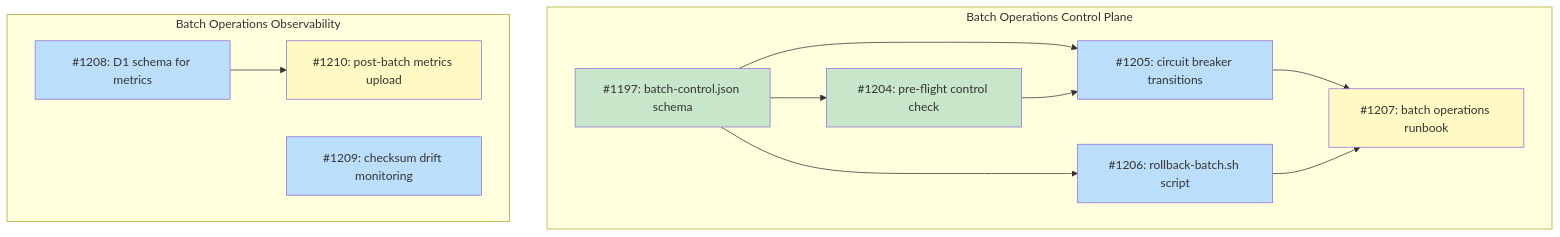
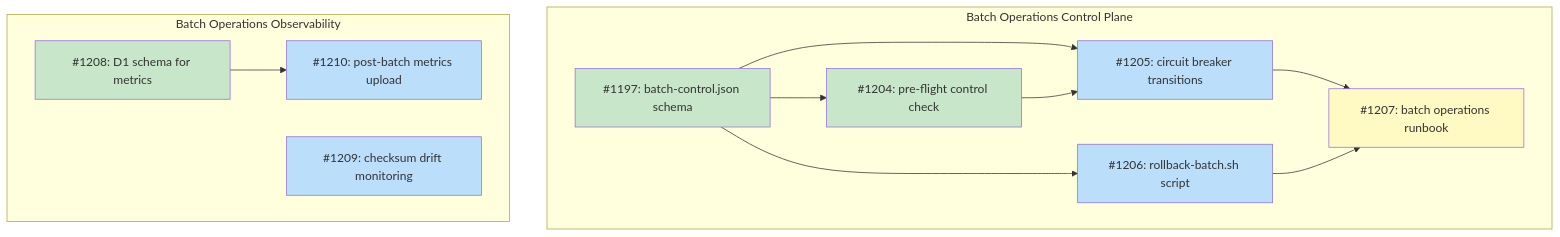
One commit to tsukumogami/tsuku changed the diagram in docs/designs/DESIGN-batch-operations.md. Above: the diagram before and after it, drawn with Mermaid. The commit also changed other lines of this file and 2 other files, not shown here.

Commit message:
feat(telemetry): deploy D1 schema for batch metrics (#1220)
Add a D1 database schema to the telemetry service for persisting batch
validation metrics. The schema consists of two tables: `batch_runs` for
aggregate run statistics (pass/fail counts, CI minutes consumed, success
rates) and `recipe_results` for per-recipe outcomes with error
categorization. A foreign key links individual recipe results back to
their batch run, and indexes cover the most common query patterns.

The wrangler configuration includes a D1 binding with a placeholder
`database_id` -- the actual database needs to be created via `wrangler
d1 create tsuku-batch-metrics` before migrations can be applied.

````diff
--- a/docs/designs/DESIGN-batch-operations.md
+++ b/docs/designs/DESIGN-batch-operations.md
@@ -36,34 +36,35 @@
 ```mermaid
 graph TD
     subgraph ControlPlane["Batch Operations Control Plane"]
         I1197["#1197: batch-control.json schema"]
         I1204["#1204: pre-flight control check"]
         I1205["#1205: circuit breaker transitions"]
         I1206["#1206: rollback-batch.sh script"]
         I1207["#1207: batch operations runbook"]
     end
 
     subgraph Observability["Batch Operations Observability"]
         I1208["#1208: D1 schema for metrics"]
         I1209["#1209: checksum drift monitoring"]
         I1210["#1210: post-batch metrics upload"]
     end
 
     I1197 --> I1204
     I1197 --> I1205
     I1197 --> I1206
     I1204 --> I1205
     I1205 --> I1207
     I1206 --> I1207
     I1208 --> I1210
 
     classDef done fill:#c8e6c9
     classDef ready fill:#bbdefb
     classDef blocked fill:#fff9c4
     classDef needsDesign fill:#e1bee7
 
-    class I1197,I1204 done
-    class I1208,I1209 ready
+    class I1197,I1204,I1208 done
+    class I1209 ready
     class I1205,I1206 ready
-    class I1207,I1210 blocked
+    class I1207 blocked
+    class I1210 ready
 ```
````
